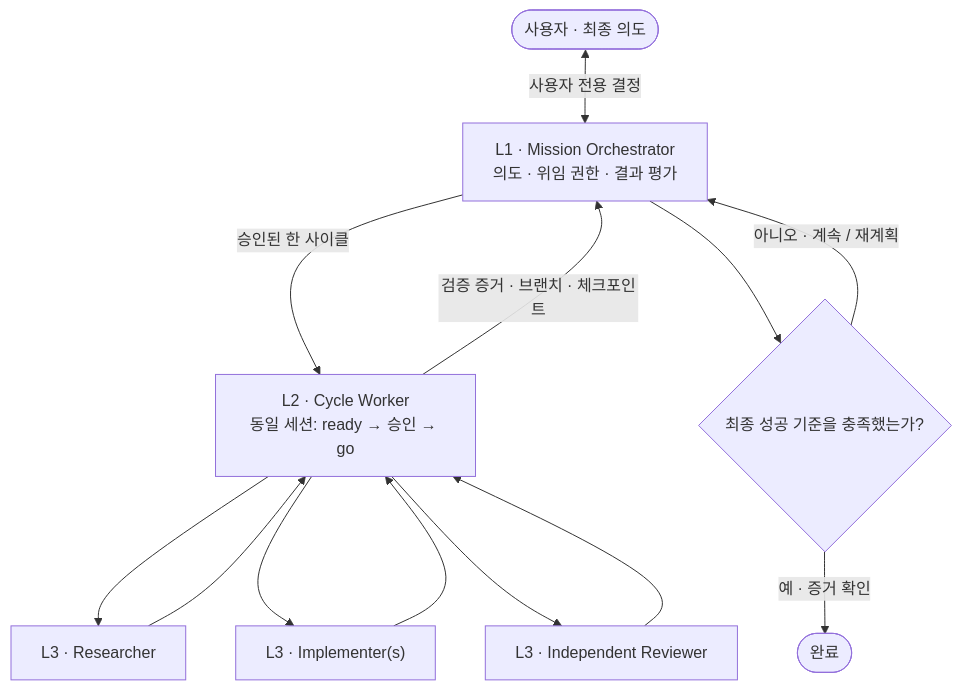
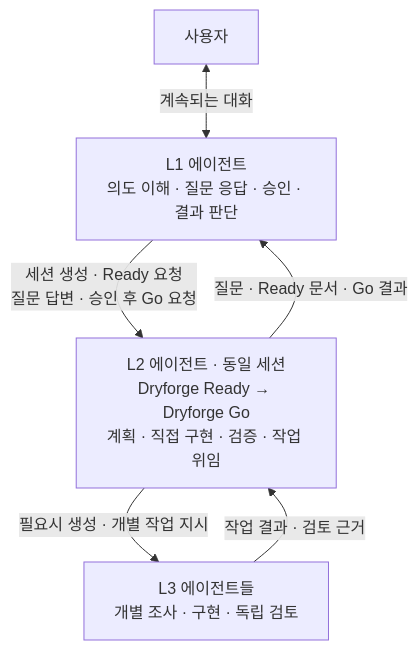
The diagram in README_ko.md (contiloop/ouroboros), drawn with Mermaid before and after one commit. The commit also changed other lines of this file and 3 other files, not shown here.

````diff
--- a/README_ko.md
+++ b/README_ko.md
@@ -38,22 +34,12 @@
 ```mermaid
 flowchart TB
-    H([사용자 · 최종 의도])
-    M["L1 · Mission Orchestrator<br/>의도 · 위임 권한 · 결과 평가"]
-    W["L2 · Cycle Worker<br/>동일 세션: ready → 승인 → go"]
-    R["L3 · Researcher"]
-    I["L3 · Implementer(s)"]
-    V["L3 · Independent Reviewer"]
-    E{"최종 성공 기준을 충족했는가?"}
-    H <-->|"사용자 전용 결정"| M
-    M -->|"승인된 한 사이클"| W
-    W --> R
-    W --> I
-    W --> V
-    R --> W
-    I --> W
-    V --> W
-    W -->|"검증 증거 · 브랜치 · 체크포인트"| M
-    M --> E
-    E -->|"아니오 · 계속 / 재계획"| M
-    E -->|"예 · 증거 확인"| D([완료])
+    U["사용자"]
+    L1["L1 에이전트<br/>의도 이해 · 질문 응답 · 승인 · 결과 판단"]
+    L2["L2 에이전트 · 동일 세션<br/>Dryforge Ready → Dryforge Go<br/>계획 · 직접 구현 · 검증 · 작업 위임"]
+    L3["L3 에이전트들<br/>개별 조사 · 구현 · 독립 검토"]
+    U <-->|"계속되는 대화"| L1
+    L1 -->|"세션 생성 · Ready 요청<br/>질문 답변 · 승인 후 Go 요청"| L2
+    L2 -->|"질문 · Ready 문서 · Go 결과"| L1
+    L2 -->|"필요시 생성 · 개별 작업 지시"| L3
+    L3 -->|"작업 결과 · 검토 근거"| L2
 ```
````
